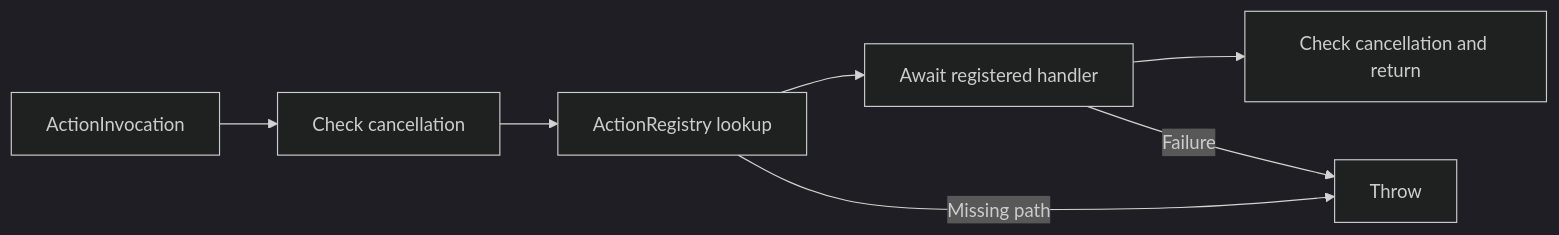
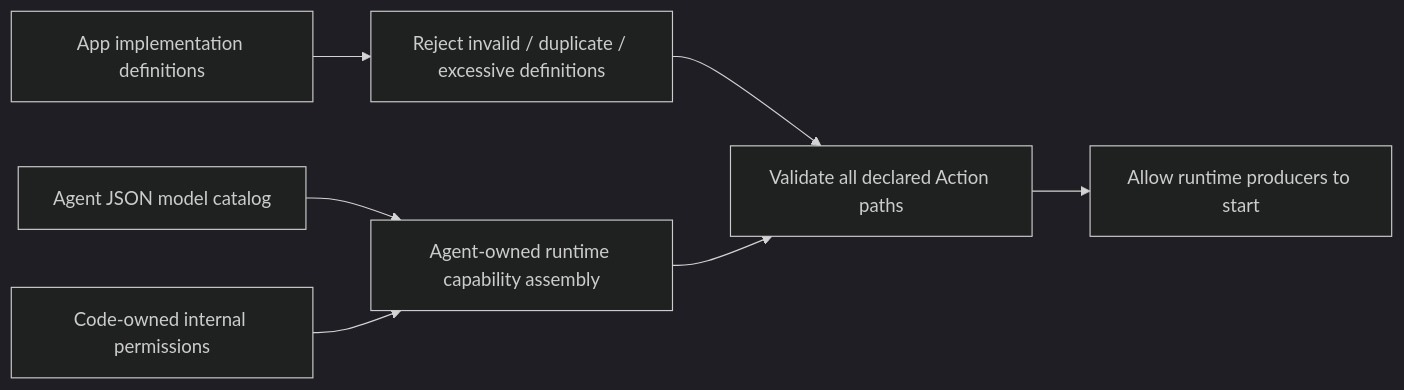
Before and after one commit to devilyouwei/MobileHarness: the first of 3 diagrams in MobileHarness/Actions/Runtime/README.md, drawn with Mermaid (dark theme). The commit also changed other lines of this file and 131 other files, not shown here.

Commit message:
Define Action contracts and separate App UI composition

````diff
--- a/MobileHarness/Actions/Runtime/README.md
+++ b/MobileHarness/Actions/Runtime/README.md
@@ -31,9 +25,9 @@
 ```mermaid
 flowchart LR
-    Invocation[ActionInvocation] --> Cancel[Check cancellation]
-    Cancel --> Registry[ActionRegistry lookup]
-    Registry --> Handler[Await registered handler]
-    Handler --> Finish[Check cancellation and return]
-    Registry -->|Missing path| Error[Throw]
-    Handler -->|Failure| Error
+    Definitions[App implementation definitions] --> Registry[Reject invalid / duplicate / excessive definitions]
+    JSON[Agent JSON model catalog] --> Capabilities[Agent-owned runtime capability assembly]
+    Internal[Code-owned internal permissions] --> Capabilities
+    Registry --> Check[Validate all declared Action paths]
+    Capabilities --> Check
+    Check --> Start[Allow runtime producers to start]
 ```
````
